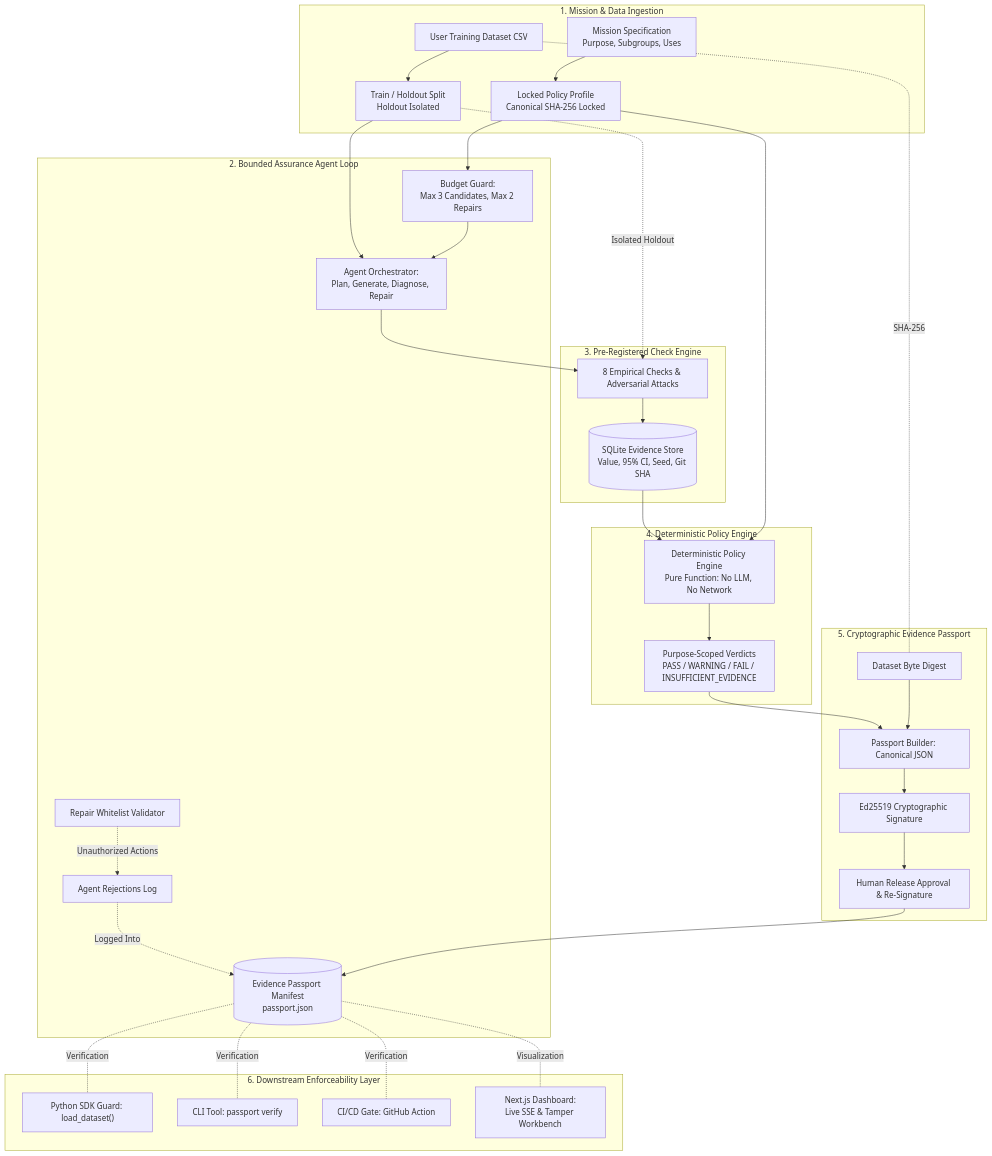
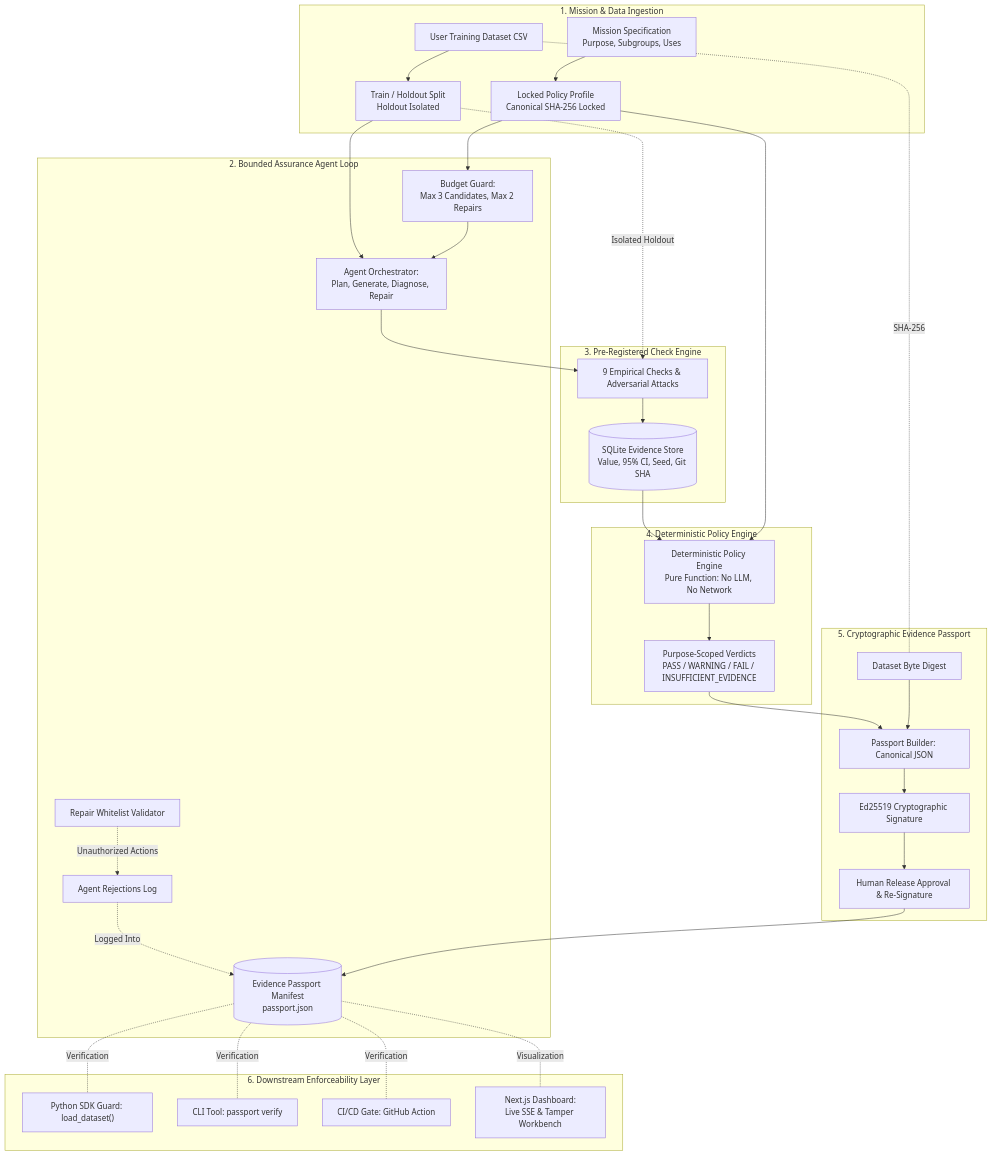
The diagram in README.md (nishankkhadpe7-afk/SynPassport), drawn with Mermaid before and after one commit. The commit also changed other lines of this file and 1 other file, not shown here.

````diff
--- a/README.md
+++ b/README.md
@@ -66,43 +66,43 @@
 ```mermaid
 flowchart TD
     subgraph Inputs["1. Mission & Data Ingestion"]
         Data["User Training Dataset CSV"] --> Split["Train / Holdout Split<br/>Holdout Isolated"]
         Mission["Mission Specification<br/>Purpose, Subgroups, Uses"] --> Pol["Locked Policy Profile<br/>Canonical SHA-256 Locked"]
     end
 
     subgraph AgentLoop["2. Bounded Assurance Agent Loop"]
         Split --> Loop["Agent Orchestrator:<br/>Plan, Generate, Diagnose, Repair"]
         Pol --> Budget["Budget Guard:<br/>Max 3 Candidates, Max 2 Repairs"]
         Budget --> Loop
         Whitelist["Repair Whitelist Validator"] -. Unauthorized Actions .-> Rejections["Agent Rejections Log"]
         Rejections -. Logged Into .-> Passport
     end
 
     subgraph EvalEngine["3. Pre-Registered Check Engine"]
-        Loop --> Checks["8 Empirical Checks & Adversarial Attacks"]
+        Loop --> Checks["9 Empirical Checks & Adversarial Attacks"]
         Split -. Isolated Holdout .-> Checks
         Checks --> Store[("SQLite Evidence Store<br/>Value, 95% CI, Seed, Git SHA")]
     end
 
     subgraph Decision["4. Deterministic Policy Engine"]
         Store --> Engine["Deterministic Policy Engine<br/>Pure Function: No LLM, No Network"]
         Pol --> Engine
         Engine --> Verdicts["Purpose-Scoped Verdicts<br/>PASS / WARNING / FAIL / INSUFFICIENT_EVIDENCE"]
     end
 
     subgraph PassportService["5. Cryptographic Evidence Passport"]
         Verdicts --> Builder["Passport Builder: Canonical JSON"]
         Data -. SHA-256 .- Hash["Dataset Byte Digest"]
         Hash --> Builder
         Builder --> Sign["Ed25519 Cryptographic Signature"]
         Sign --> Human["Human Release Approval & Re-Signature"]
         Human --> Passport[("Evidence Passport Manifest<br/>passport.json")]
     end
 
     subgraph Consumers["6. Downstream Enforceability Layer"]
         Passport -. Verification .- SDK["Python SDK Guard: load_dataset()"]
         Passport -. Verification .- CLI["CLI Tool: passport verify"]
         Passport -. Verification .- CI["CI/CD Gate: GitHub Action"]
         Passport -. Visualization .- Web["Next.js Dashboard:<br/>Live SSE & Tamper Workbench"]
     end
 ```
````
